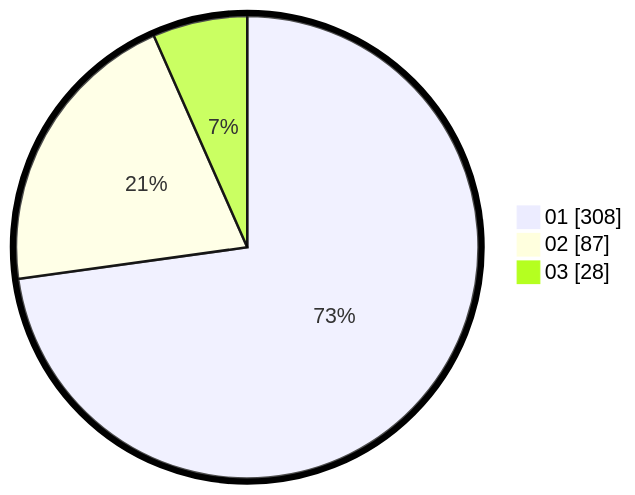
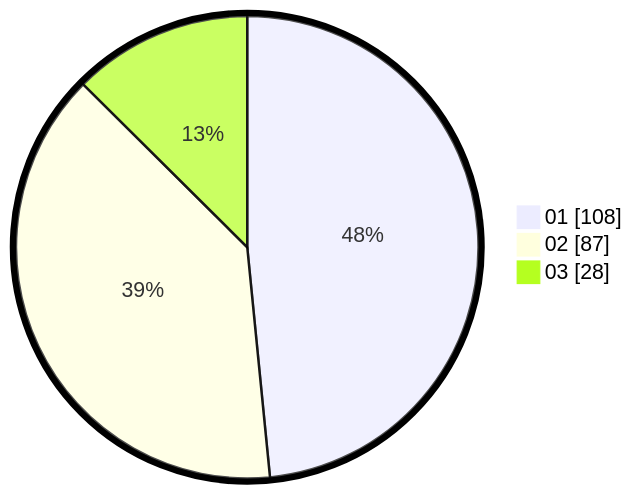
The diagram in 31-dki_jakarta/75-jakarta_timur/09-ciracas/1004-susukan/057-tps/README.md (gigit-pemilu/pemilu-2024), drawn with Mermaid before and after one commit. The commit also changed other lines of this file and 21198 other files, not shown here.

````diff
--- a/31-dki_jakarta/75-jakarta_timur/09-ciracas/1004-susukan/057-tps/README.md
+++ b/31-dki_jakarta/75-jakarta_timur/09-ciracas/1004-susukan/057-tps/README.md
@@ -13,7 +13,7 @@
 ```mermaid
 %%{init: {"pie": {"textPosition": 0.5}, "themeVariables": {"pieOuterStrokeWidth": "5px"}} }%%
 pie showData
-    "01" : 308
+    "01" : 108
     "02" : 87
     "03" : 28
 ```
````
